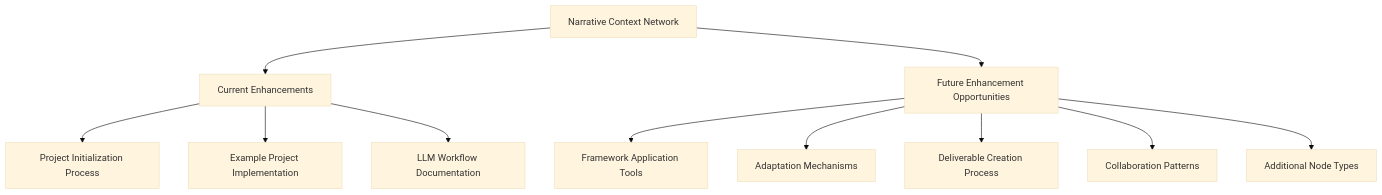
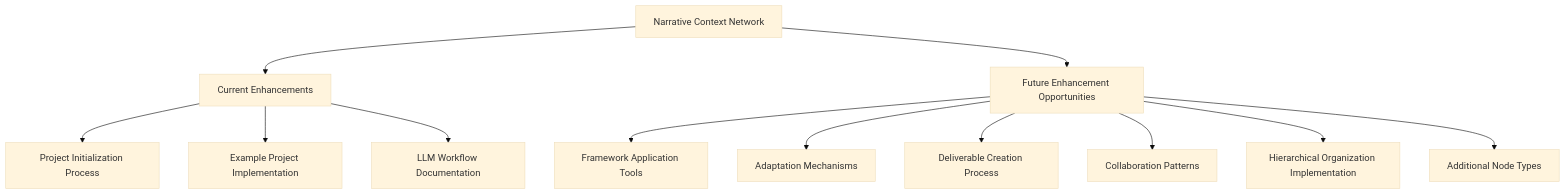
Before and after one commit to jwynia/narrative-context-network: the diagram in context-network/meta/enhancement_guide.md, drawn with Mermaid (base theme). The commit also changed other lines of this file and 10 other files, not shown here.

````diff
--- a/context-network/meta/enhancement_guide.md
+++ b/context-network/meta/enhancement_guide.md
@@ -18,15 +18,16 @@
 ```mermaid
 graph TD
     A[Narrative Context Network] --> B[Current Enhancements]
     A --> C[Future Enhancement Opportunities]
     
     B --> B1[Project Initialization Process]
     B --> B2[Example Project Implementation]
     B --> B3[LLM Workflow Documentation]
     
     C --> C1[Framework Application Tools]
     C --> C2[Adaptation Mechanisms]
     C --> C3[Deliverable Creation Process]
     C --> C4[Collaboration Patterns]
-    C --> C5[Additional Node Types]
+    C --> C5[Hierarchical Organization Implementation]
+    C --> C6[Additional Node Types]
 ```
````
